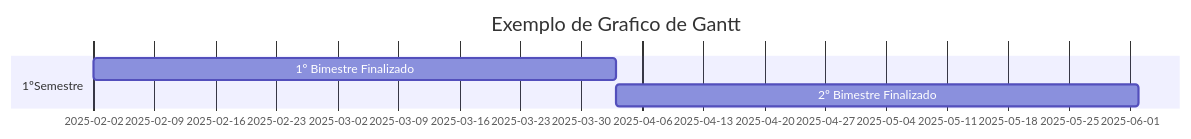
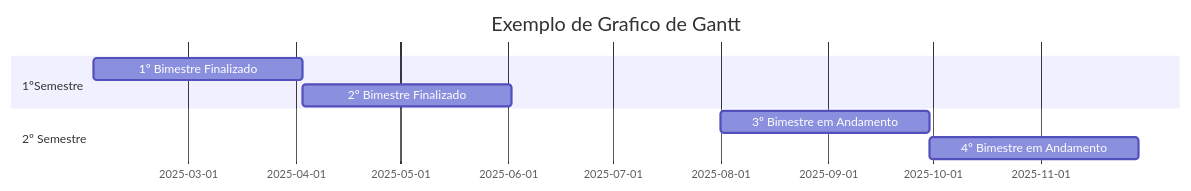
Before and after one commit to BDlucca/Grafico-Gannt: the third of 3 diagrams in README.md, drawn with Mermaid.

````diff
--- a/README.md
+++ b/README.md
@@ -18,9 +18,11 @@
 ```mermaid
 gantt
   title Exemplo de Grafico de Gantt
   dateFormat YYYY-MM-DD
   section 1ºSemestre
   1º Bimestre Finalizado:a1, 2025-02-02, 60d
   2º Bimestre Finalizado:a2, after a1, 60d
   section 2º Semestre
+  3º Bimestre em Andamento: a3, 2025-08-01, 60d
+  4º Bimestre em Andamento: a4, after a3, 60d
 ```
````
